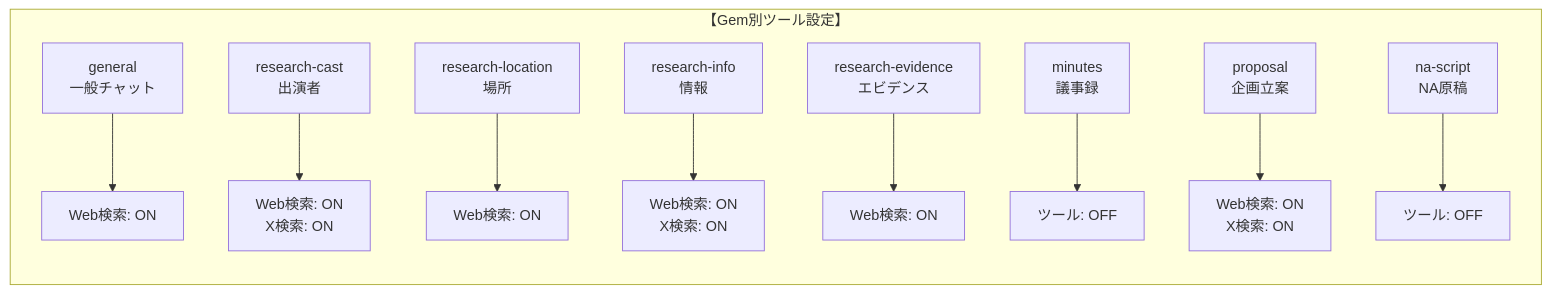
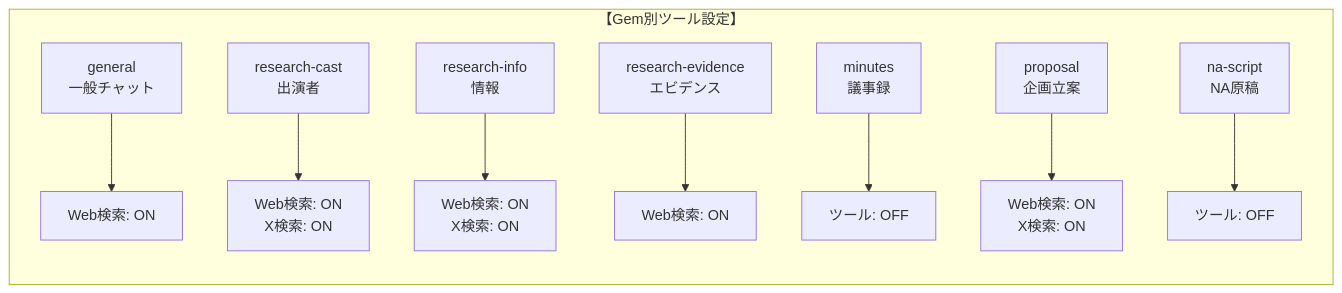
Diagram 18 of 27 in docs/specs/architecture/code-structure-mermaid.md (langcore-org/united-productions-web), drawn with Mermaid before and after one commit. The commit also changed other lines of this file and 32 other files, not shown here.

````diff
--- a/docs/specs/architecture/code-structure-mermaid.md
+++ b/docs/specs/architecture/code-structure-mermaid.md
@@ -827,20 +826,18 @@
 ```mermaid
 graph LR
     subgraph "【Gem別ツール設定】"
         G1["general<br/>一般チャット"] --> T1["Web検索: ON"]
 
         G2["research-cast<br/>出演者"] --> T2["Web検索: ON<br/>X検索: ON"]
 
-        G3["research-location<br/>場所"] --> T3["Web検索: ON"]
-
-        G4["research-info<br/>情報"] --> T4["Web検索: ON<br/>X検索: ON"]
+        G3["research-info<br/>情報"] --> T3["Web検索: ON<br/>X検索: ON"]
 
         G5["research-evidence<br/>エビデンス"] --> T5["Web検索: ON"]
 
         G6["minutes<br/>議事録"] --> T6["ツール: OFF"]
 
         G7["proposal<br/>企画立案"] --> T7["Web検索: ON<br/>X検索: ON"]
 
         G8["na-script<br/>NA原稿"] --> T8["ツール: OFF"]
     end
 ```
````
